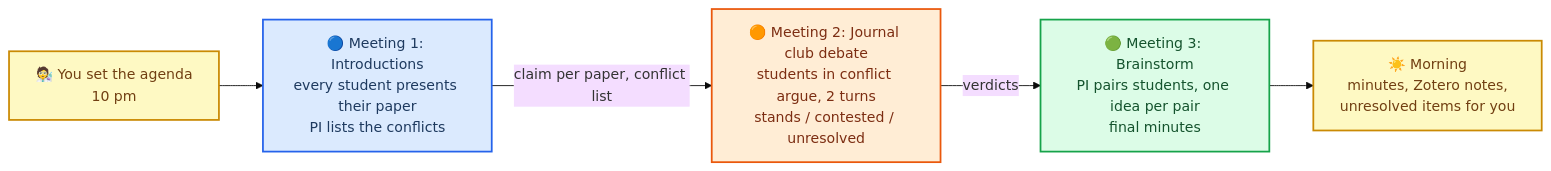
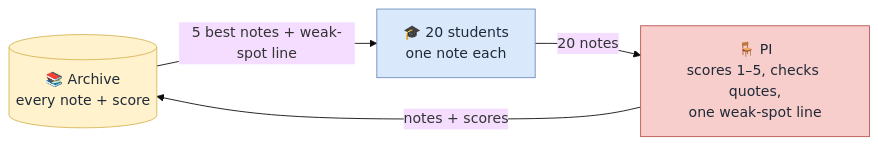
Before and after one commit to jackysiupuichung/temp: the diagram in research/review/organisation_diagram.md, drawn with Mermaid (base theme). The commit also changed other lines of this file and 2 other files, not shown here.

````diff
--- a/research/review/organisation_diagram.md
+++ b/research/review/organisation_diagram.md
@@ -62,26 +20,20 @@
 ```mermaid
 flowchart LR
-    accTitle: Three lab meetings overnight
-    accDescr: Meeting one is introductions, where every student presents their paper. Meeting two is the journal club debate on the conflicts the PI listed. Meeting three is the brainstorm, where the PI pairs students and the final minutes are written.
+    accTitle: One round of the loop
+    accDescr: Students read the five best notes and the PI's weak-spot line from the archive, each writes one note, the PI scores them, and everything is appended to the archive. The archive feeds the next round.
 
-    agenda["🧑‍🔬 You set the agenda<br/>10 pm"]
-    m1["🔵 Meeting 1: Introductions<br/>every student presents their paper<br/>PI lists the conflicts"]
-    m2["🟠 Meeting 2: Journal club debate<br/>students in conflict argue, 2 turns<br/>stands / contested / unresolved"]
-    m3["🟢 Meeting 3: Brainstorm<br/>PI pairs students, one idea per pair<br/>final minutes"]
-    morning["☀️ Morning<br/>minutes, Zotero notes,<br/>unresolved items for you"]
+    archive[("📚 Archive<br/>every note + score")]
+    students["🎓 20 students<br/>one note each"]
+    pi["🪑 PI<br/>scores 1–5, checks quotes,<br/>one weak-spot line"]
 
-    agenda --> m1
-    m1 -- "claim per paper, conflict list" --> m2
-    m2 -- "verdicts" --> m3
-    m3 --> morning
+    archive -- "5 best notes + weak-spot line" --> students
+    students -- "20 notes" --> pi
+    pi -- "notes + scores" --> archive
 
-    classDef one fill:#dbeafe,stroke:#2563eb,stroke-width:2px,color:#1e3a5f
-    classDef two fill:#ffedd5,stroke:#ea580c,stroke-width:2px,color:#7c2d12
-    classDef three fill:#dcfce7,stroke:#16a34a,stroke-width:2px,color:#14532d
-    classDef person fill:#fef9c3,stroke:#ca8a04,stroke-width:2px,color:#713f12
-
-    class m1 one
-    class m2 two
-    class m3 three
-    class agenda,morning person
+    classDef store fill:#fff2cc,stroke:#d6b656,color:#1f2937
+    classDef agents fill:#dae8fc,stroke:#6c8ebf,color:#1f2937
+    classDef chair fill:#f8cecc,stroke:#b85450,color:#1f2937
+    class archive store
+    class students agents
+    class pi chair
 ```
````
